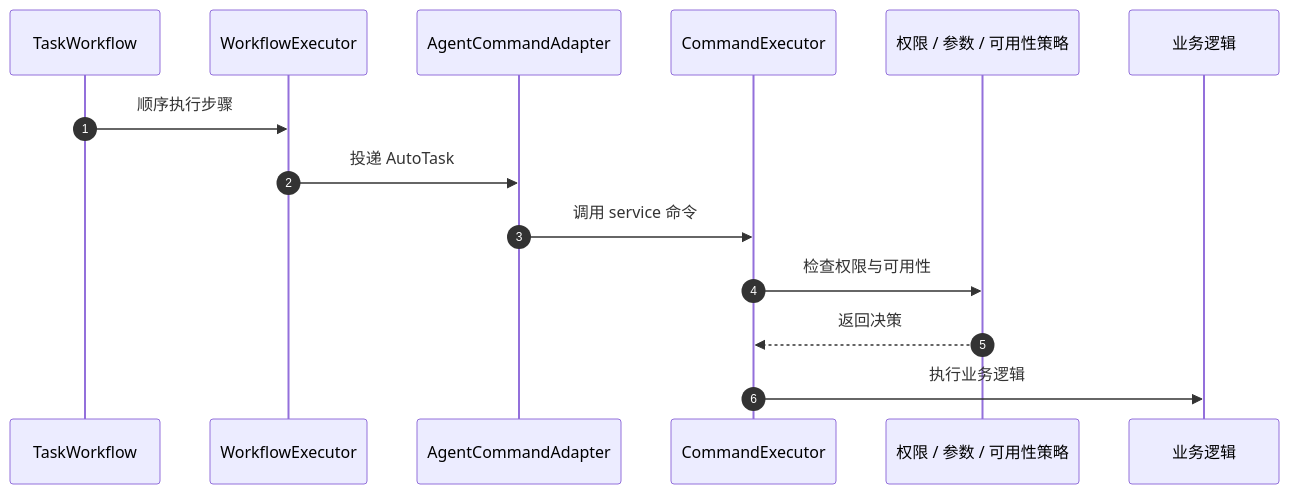
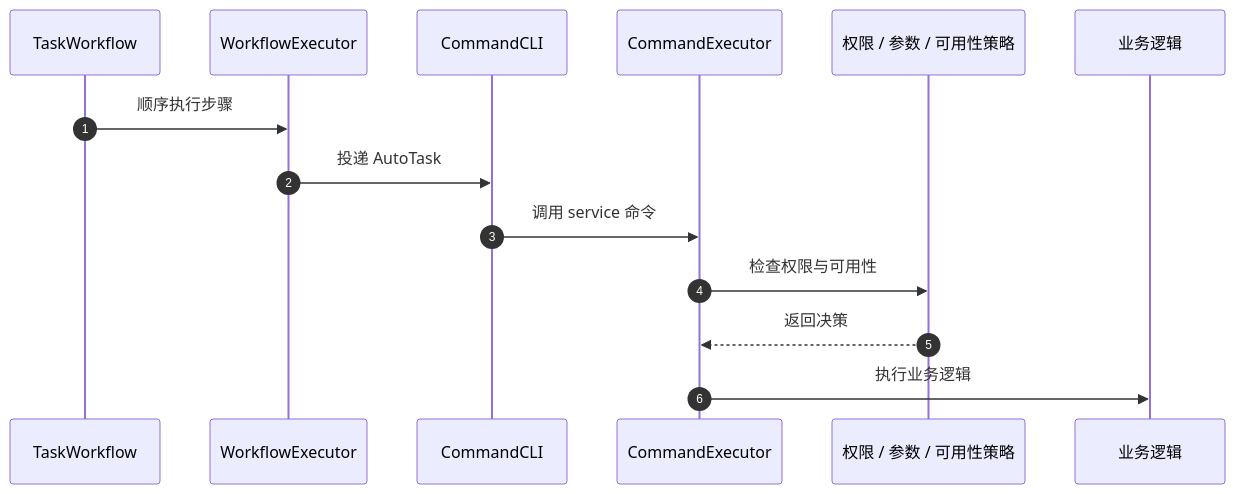
One commit to ClassRobot/ClassRobot changed the second of 2 diagrams in docs/architecture/agent-workflow-orchestration.md. Above: the diagram before and after it, drawn with Mermaid. The commit also changed other lines of this file and 219 other files, not shown here.

````diff
--- a/docs/architecture/agent-workflow-orchestration.md
+++ b/docs/architecture/agent-workflow-orchestration.md
@@ -294,17 +294,17 @@
 ```mermaid
 sequenceDiagram
     autonumber
     participant Agent as TaskWorkflow
     participant WfExec as WorkflowExecutor
-    participant Dispatch as AgentCommandAdapter
+    participant Dispatch as CommandCLI
     participant CmdExec as CommandExecutor
     participant Depends as 权限 / 参数 / 可用性策略
     participant Domain as 业务逻辑
 
     Agent->>WfExec: 顺序执行步骤
     WfExec->>Dispatch: 投递 AutoTask
     Dispatch->>CmdExec: 调用 service 命令
     CmdExec->>Depends: 检查权限与可用性
     Depends-->>CmdExec: 返回决策
     CmdExec->>Domain: 执行业务逻辑
 ```
````
